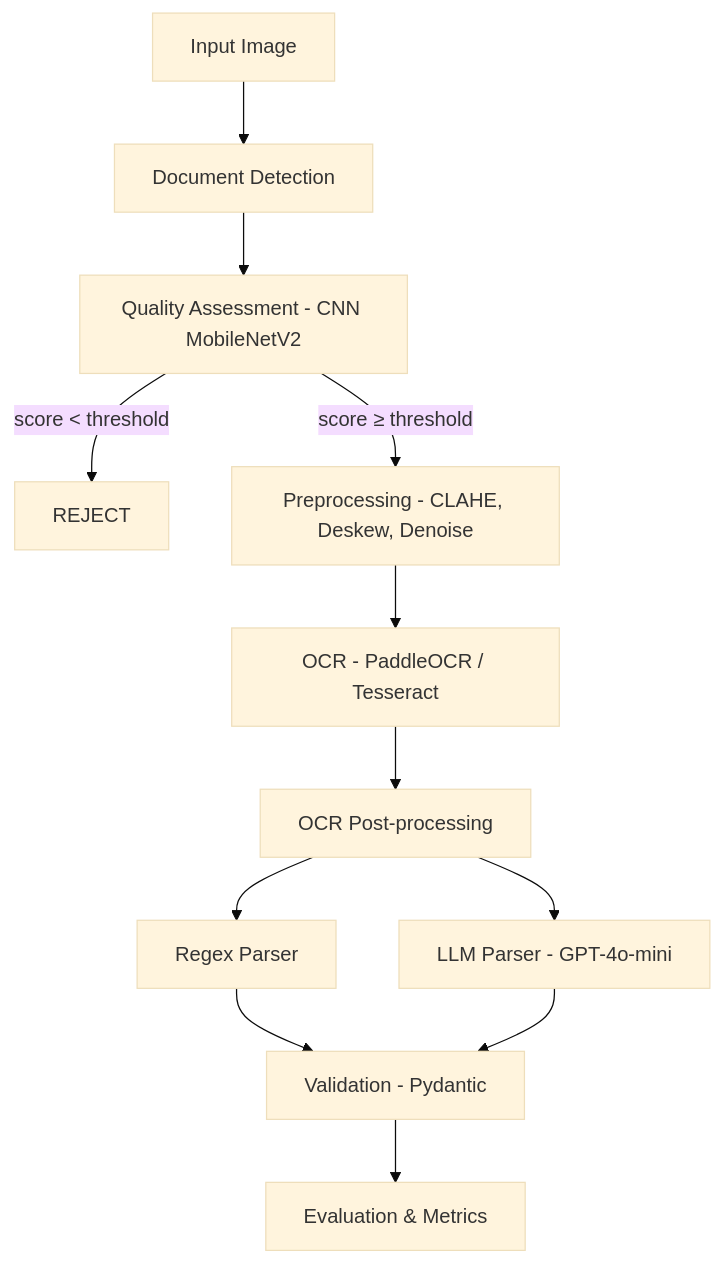
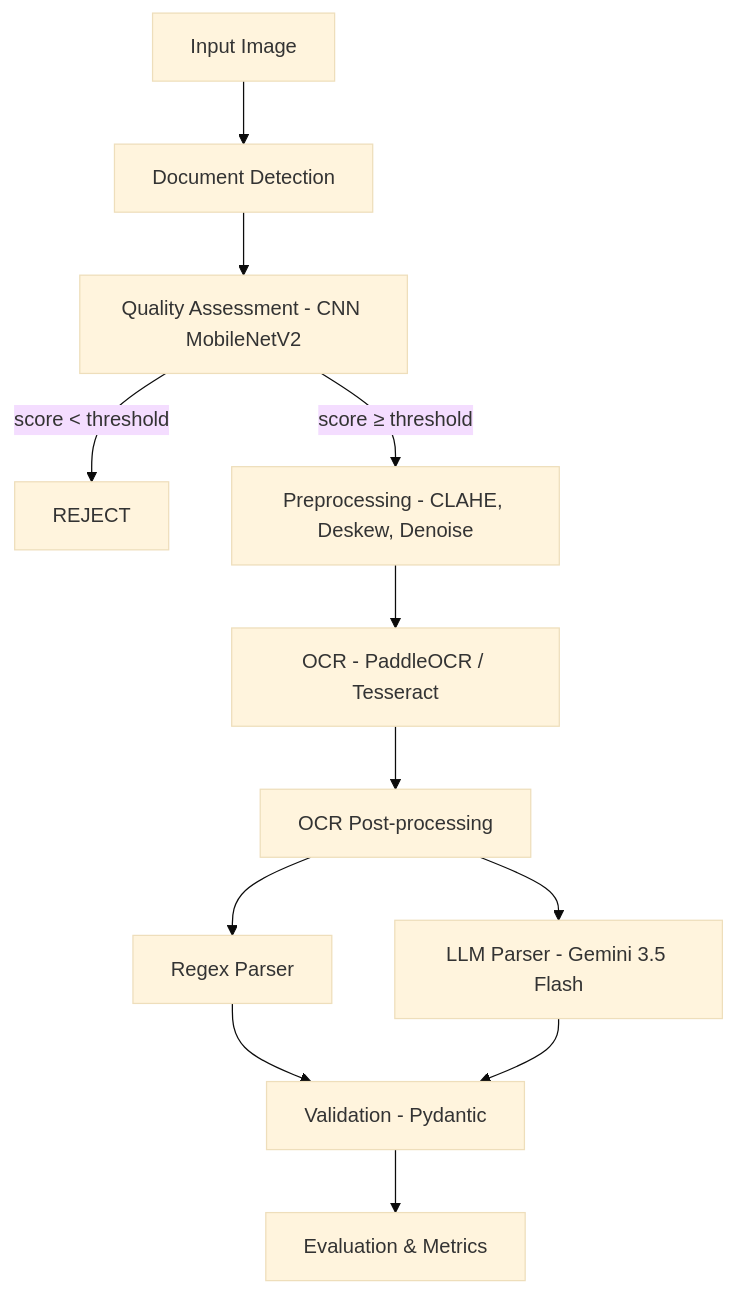
Before and after one commit to Bruno-Kohn/invoice-ai: the diagram in README.md, drawn with Mermaid (base theme). The commit also changed other lines of this file and 3 other files, not shown here.

First line of the commit message:
feat: implement src/parsing/llm_parser.py (Gemini 3.5 Flash)

````diff
--- a/README.md
+++ b/README.md
@@ -18,14 +18,14 @@
 ```mermaid
 flowchart TD
     A[Input Image] --> B[Document Detection]
     B --> C[Quality Assessment - CNN MobileNetV2]
     C -->|score < threshold| R[REJECT]
     C -->|score ≥ threshold| D[Preprocessing - CLAHE, Deskew, Denoise]
     D --> E[OCR - PaddleOCR / Tesseract]
     E --> F[OCR Post-processing]
     F --> G1[Regex Parser]
-    F --> G2[LLM Parser - GPT-4o-mini]
+    F --> G2[LLM Parser - Gemini 3.5 Flash]
     G1 --> H[Validation - Pydantic]
     G2 --> H
     H --> I[Evaluation & Metrics]
 ```
````
